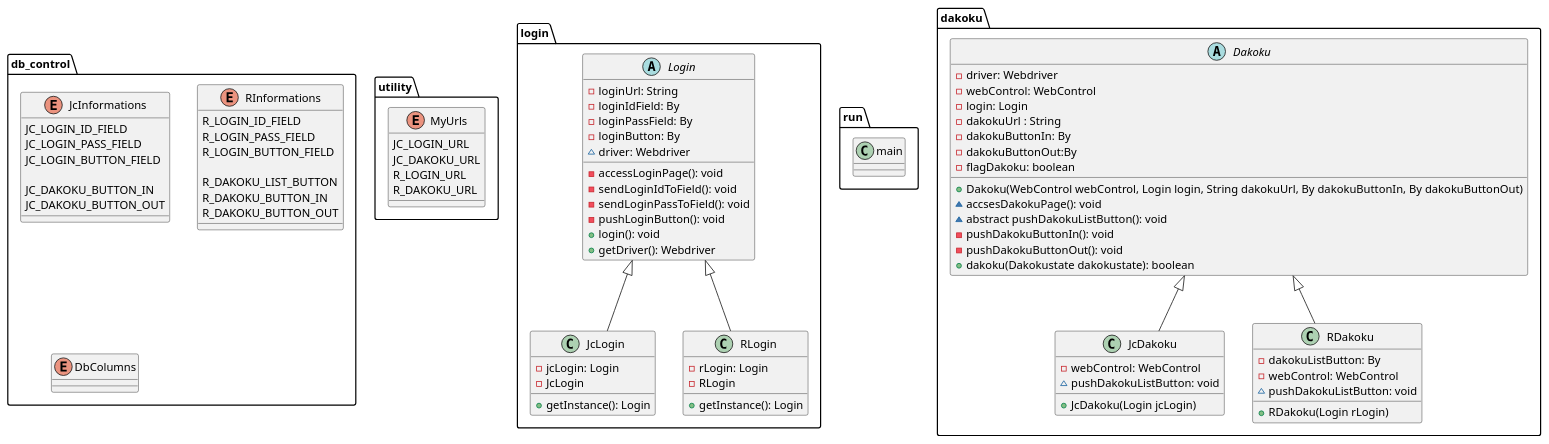
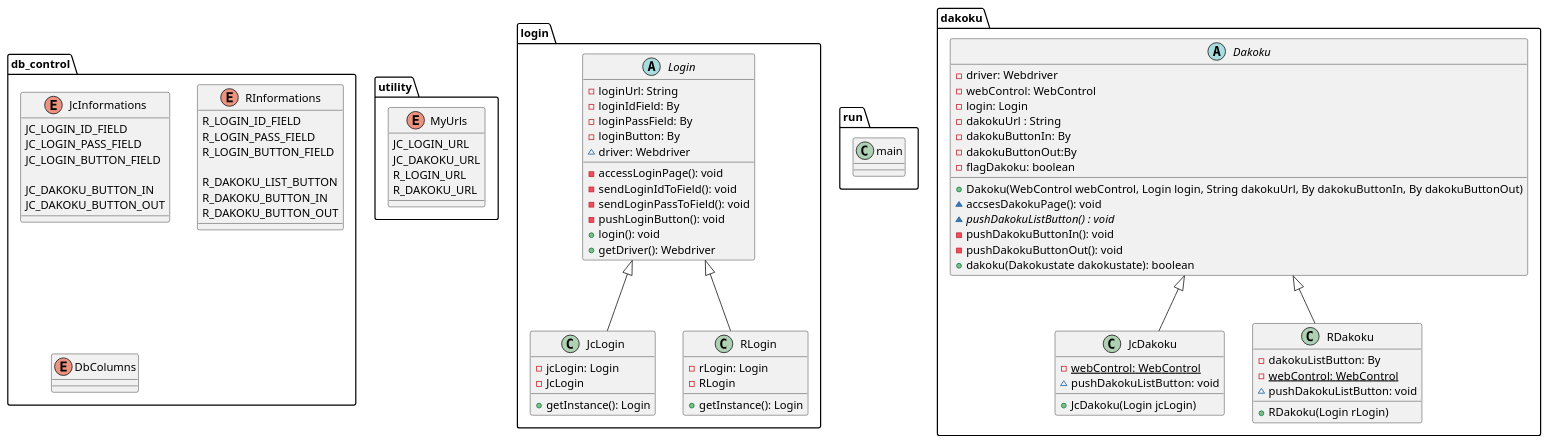
One commit to sahokk/JavaDakoku0502 changed the diagram in クラス図.pu. Above: the diagram before and after it, drawn with PlantUML.

```diff
--- a/クラス図.pu
+++ b/クラス図.pu
@@ -1,109 +1,109 @@
 "@startuml Dakoku Class図"
 
 package utility {
     enum MyUrls {
         JC_LOGIN_URL
         JC_DAKOKU_URL
         R_LOGIN_URL
         R_DAKOKU_URL
     }
 
     
 }
 package login {
     abstract class Login {
         - loginUrl: String
         - loginIdField: By
         - loginPassField: By
         - loginButton: By
         ~ driver: Webdriver
 
         - accessLoginPage(): void
         - sendLoginIdToField(): void
         - sendLoginPassToField(): void
         - pushLoginButton(): void 
         + login(): void
         + getDriver(): Webdriver
     }
 
     class JcLogin extends Login {
         - jcLogin: Login
         - JcLogin
         + getInstance(): Login
     }
 
     class RLogin extends Login {
         - rLogin: Login
         - RLogin
         + getInstance(): Login
     }
 }
 
 package run {
     class main {
 
     }
 }
 
 package dakoku {
     abstract class Dakoku {
         - driver: Webdriver
         - webControl: WebControl
         - login: Login
         - dakokuUrl : String
         - dakokuButtonIn: By
         - dakokuButtonOut:By
         - flagDakoku: boolean
 
         + Dakoku(WebControl webControl, Login login, String dakokuUrl, By dakokuButtonIn, By dakokuButtonOut)
         ~ accsesDakokuPage(): void
-        ~ abstract pushDakokuListButton(): void
+        ~ {abstract} pushDakokuListButton() : void
         - pushDakokuButtonIn(): void
         - pushDakokuButtonOut(): void
         + dakoku(Dakokustate dakokustate): boolean
     } 
 
     class JcDakoku extends Dakoku {
-        - webControl: WebControl
+        - {static} webControl: WebControl
         + JcDakoku(Login jcLogin)
         ~ pushDakokuListButton: void
     }
 
     class RDakoku extends Dakoku {
         - dakokuListButton: By
-        - webControl: WebControl
+        - {static} webControl: WebControl
         + RDakoku(Login rLogin)
         ~ pushDakokuListButton: void
     }
 }
 
 package db_control {
     enum JcInformations {
     
         JC_LOGIN_ID_FIELD
         JC_LOGIN_PASS_FIELD
         JC_LOGIN_BUTTON_FIELD
 
         JC_DAKOKU_BUTTON_IN
         JC_DAKOKU_BUTTON_OUT
     
     }
 
     enum RInformations {
         R_LOGIN_ID_FIELD
         R_LOGIN_PASS_FIELD
         R_LOGIN_BUTTON_FIELD
         
         R_DAKOKU_LIST_BUTTON
         R_DAKOKU_BUTTON_IN
         R_DAKOKU_BUTTON_OUT
     }
 
     enum DbColumns {
         
     }
 }
 
 
 
 @enduml
```
